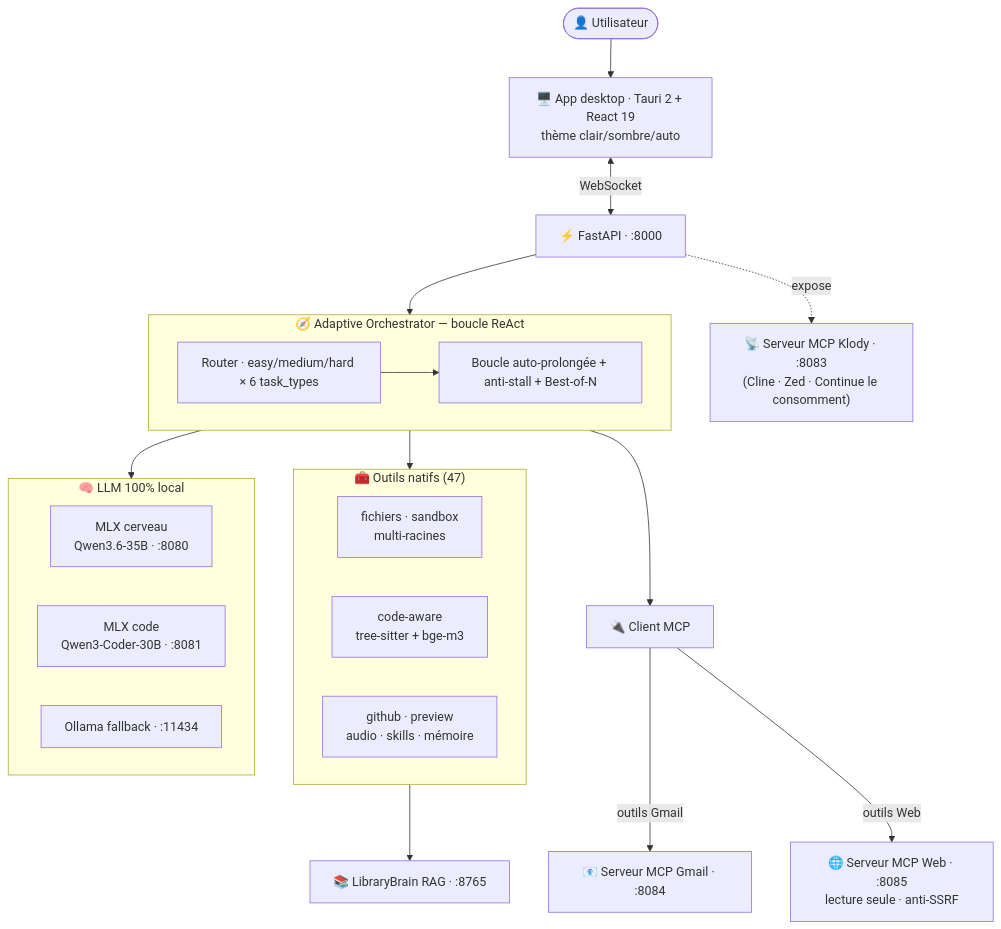
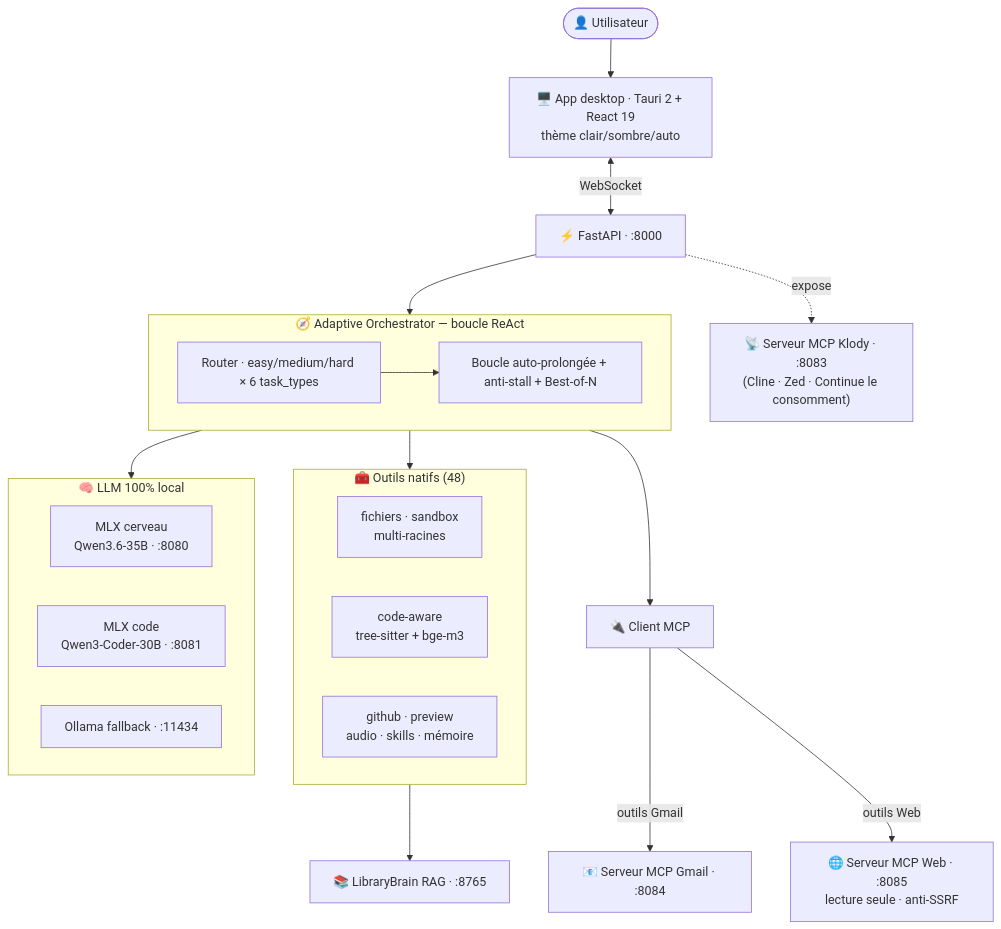
The diagram in README.md (klodynlov/klody-code-ai), drawn with Mermaid before and after one commit. The commit also changed other lines of this file and 25 other files, not shown here.

````diff
--- a/README.md
+++ b/README.md
@@ -50,36 +50,36 @@
 ```mermaid
 flowchart TD
     U([👤 Utilisateur]) --> UI["🖥️ App desktop · Tauri 2 + React 19<br/>thème clair/sombre/auto"]
     UI <-->|WebSocket| API["⚡ FastAPI · :8000"]
     API --> ORCH
 
     subgraph ORCH["🧭 Adaptive Orchestrator — boucle ReAct"]
         R["Router · easy/medium/hard × 6 task_types"]
         L["Boucle auto-prolongée + anti-stall + Best-of-N"]
         R --> L
     end
 
     ORCH --> TOOLS
     ORCH --> MCPC["🔌 Client MCP"]
     ORCH --> LLM
 
-    subgraph TOOLS["🧰 Outils natifs (47)"]
+    subgraph TOOLS["🧰 Outils natifs (48)"]
         direction LR
         T1["fichiers · sandbox<br/>multi-racines"]
         T2["code-aware<br/>tree-sitter + bge-m3"]
         T3["github · preview<br/>audio · skills · mémoire"]
     end
 
     MCPC -->|outils Gmail| GM["📧 Serveur MCP Gmail · :8084"]
     MCPC -->|outils Web| WB["🌐 Serveur MCP Web · :8085<br/>lecture seule · anti-SSRF"]
 
     subgraph LLM["🧠 LLM 100% local"]
         direction LR
         B["MLX cerveau<br/>Qwen3.6-35B · :8080"]
         C["MLX code<br/>Qwen3-Coder-30B · :8081"]
         O["Ollama fallback · :11434"]
     end
 
     TOOLS --> RAG["📚 LibraryBrain RAG · :8765"]
     API -.expose.-> MCPS["📡 Serveur MCP Klody · :8083<br/>(Cline · Zed · Continue le consomment)"]
 ```
````
